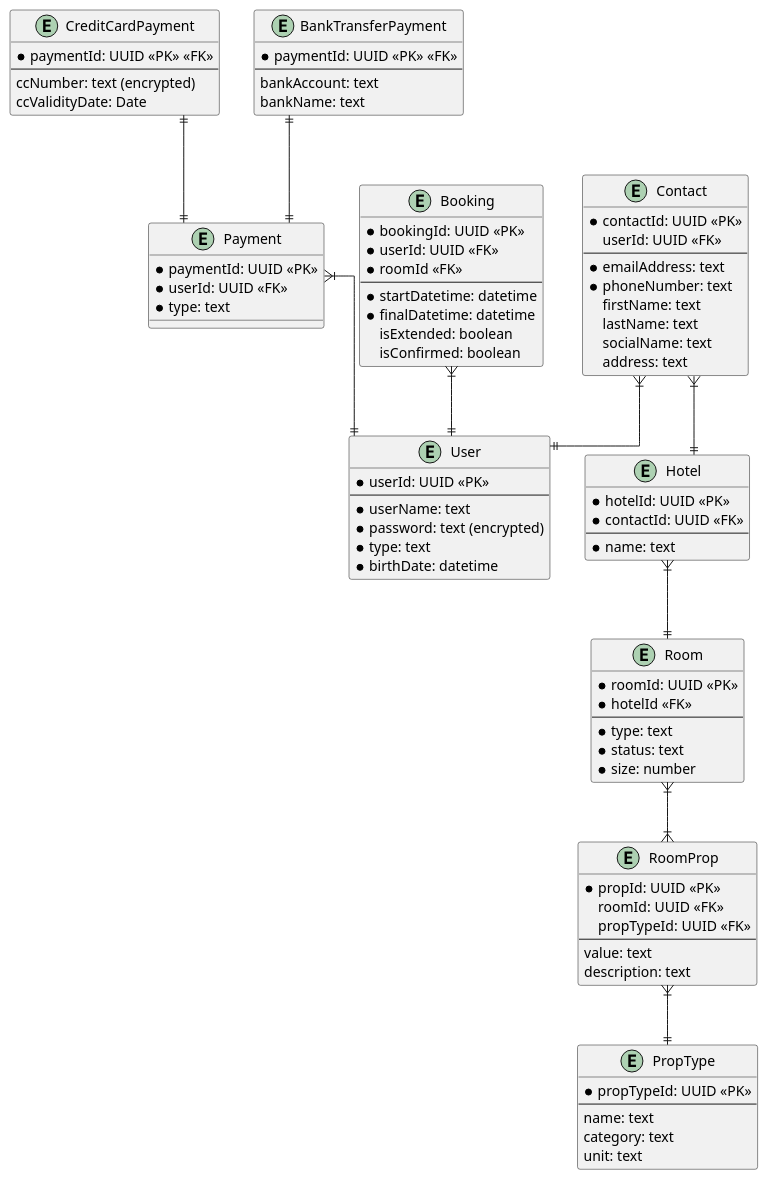
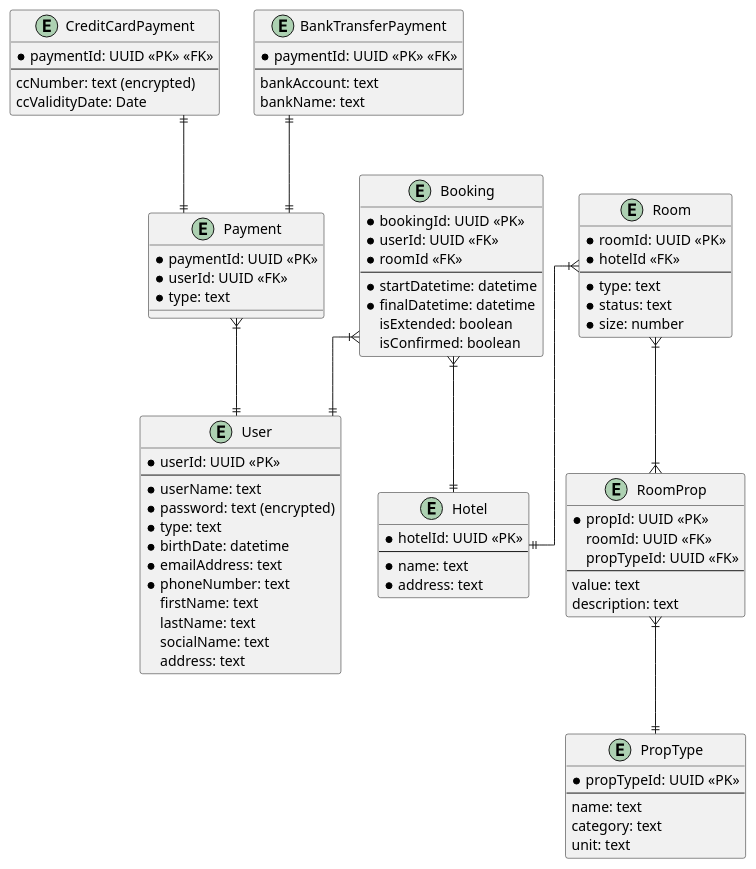
Before and after one commit to ICEI-PUC-Minas-PMV-SI/pmv-si-2025-2-pe6-t3-g3-t3-2025-2: the diagram in docs/diagrams/entity-relationship/entity-relationship_diagram.puml, drawn with PlantUML. The commit also changed 4 other files, not shown here.

Commit message:
simplified contact entity | added 3rd party mock payment service | updated the architecture diagram accordingly | updated my contributions do the contexto.md file

```diff
--- a/docs/diagrams/entity-relationship/entity-relationship_diagram.puml
+++ b/docs/diagrams/entity-relationship/entity-relationship_diagram.puml
@@ -1,97 +1,90 @@
 @startuml
     skinparam linetype ortho
     entity "User" {
         *userId: UUID <<PK>>
         --
         *userName: text
         *password: text (encrypted)
         *type: text
         *birthDate: datetime
-      }
-      
-      entity "Contact" {
-        *contactId: UUID <<PK>>
-        userId: UUID <<FK>>
-        --
         *emailAddress: text
         *phoneNumber: text
         firstName: text
         lastName: text
         socialName: text
         address: text
       }
 
       entity "Payment" {
           *paymentId: UUID <<PK>>
           *userId: UUID <<FK>>
           *type: text
       }
 
       entity "CreditCardPayment" {
           *paymentId: UUID <<PK>> <<FK>>
           --
           ccNumber: text (encrypted)
           ccValidityDate: Date
       }
 
       entity "BankTransferPayment" {
           *paymentId: UUID <<PK>> <<FK>>
           --
           bankAccount: text
           bankName: text
       }
 
       entity "Booking" {
         *bookingId: UUID <<PK>>
         *userId: UUID <<FK>>
         *roomId <<FK>>
         --
         *startDatetime: datetime
         *finalDatetime: datetime
         isExtended: boolean
         isConfirmed: boolean
       }
 
       entity "Hotel" {
         *hotelId: UUID <<PK>>
-        *contactId: UUID <<FK>>
         --
         *name: text
+        *address: text
       }
 
       entity "Room" {
         *roomId: UUID <<PK>>
         *hotelId <<FK>>
         --
         *type: text
         *status: text
         *size: number
       }
 
       entity "PropType" {
         *propTypeId: UUID <<PK>>
         --
         name: text
         category: text
         unit: text
       }
 
       entity "RoomProp" {
         *propId: UUID <<PK>>
         roomId: UUID <<FK>>
         propTypeId: UUID <<FK>>
         --
         value: text
         description: text
       }
 
       Payment }|--|| User
-      Contact }|--|| User
       Booking }|--|| User
-      Contact }|--|| Hotel
-      Hotel }|--|| Room
+      Booking }|--|| Hotel
+      Room }|--|| Hotel
       Room }|--|{ RoomProp
       RoomProp }|--|| PropType
       BankTransferPayment ||--|| Payment
       CreditCardPayment ||--|| Payment
 @enduml
```
